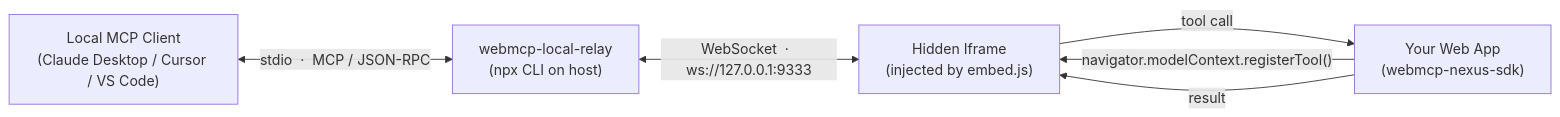
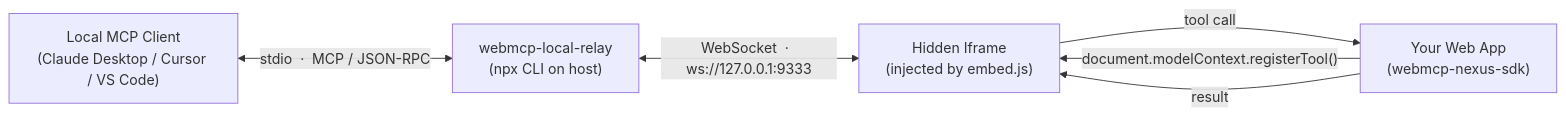
The diagram in README.en.md (alibaba/webmcp-nexus), drawn with Mermaid before and after one commit. The commit also changed other lines of this file and 46 other files, not shown here.

First line of the commit message:
feat(webmcp-sdk)!: 适配 document.modelContext 协议并升级 polyfill 至 5.1.0

````diff
--- a/README.en.md
+++ b/README.en.md
@@ -229,13 +224,13 @@
 ```mermaid
 flowchart LR
     A["Local MCP Client<br/>(Claude Desktop / Cursor / VS Code)"]
     B["webmcp-local-relay<br/>(npx CLI on host)"]
     C["Your Web App<br/>(webmcp-nexus-sdk)"]
     D["Hidden Iframe<br/>(injected by embed.js)"]
 
     A <-- "stdio &nbsp;·&nbsp; MCP / JSON-RPC" --> B
     B <-- "WebSocket &nbsp;·&nbsp; ws://127.0.0.1:9333" --> D
-    C -- "navigator.modelContext.registerTool()" --> D
+    C -- "document.modelContext.registerTool()" --> D
     D -- "tool call" --> C
     C -- "result" --> D
 ```
````
